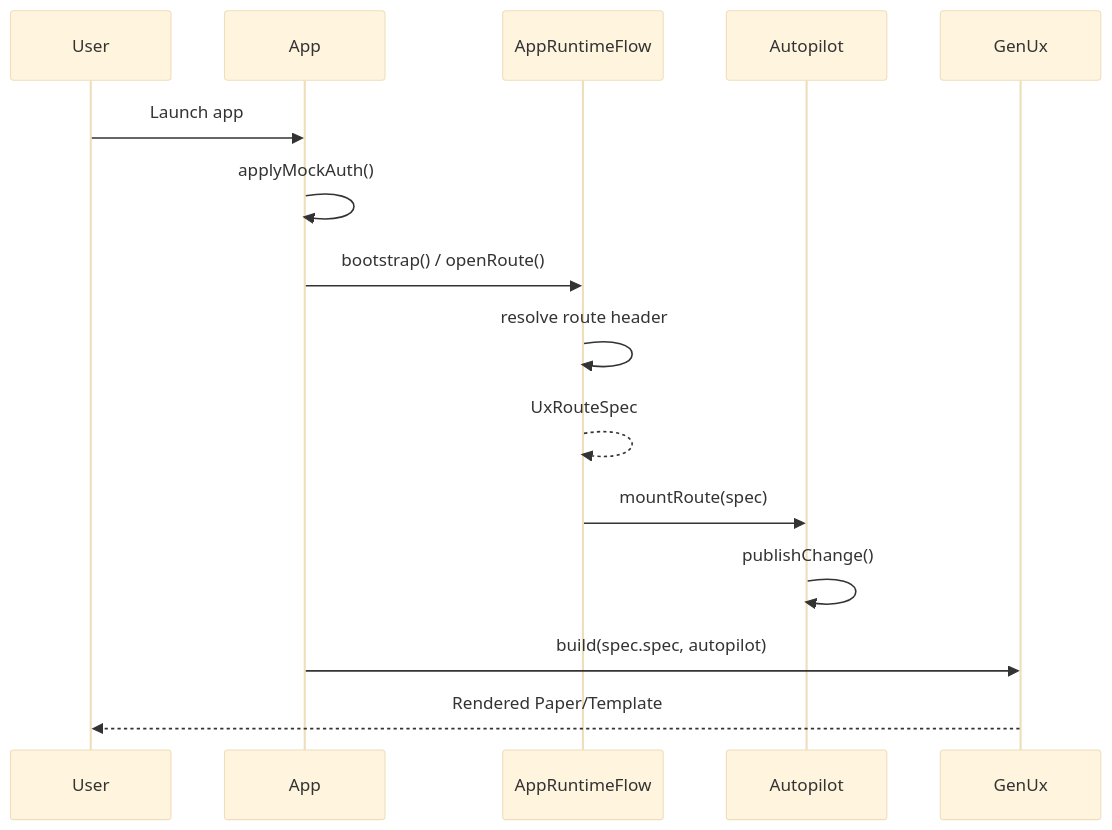
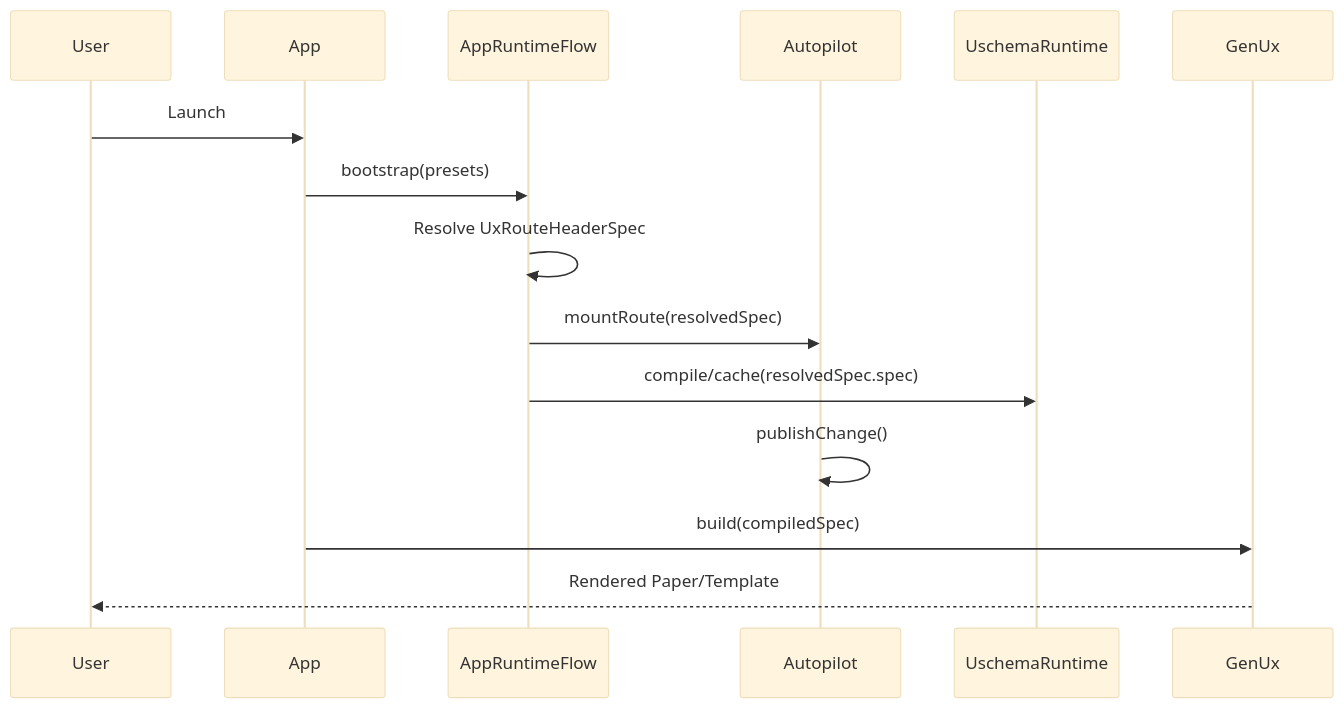
Before and after one commit to githubflutter/genrp: the second of 2 diagrams in docs/project_deep_analysis.md, drawn with Mermaid (base theme). The commit also changed other lines of this file and 16 other files, not shown here.

Commit message:
feat: Introduce refactoring plans for Autopilot and CopilotState to address architectural drift and update related documentation.

````diff
--- a/docs/project_deep_analysis.md
+++ b/docs/project_deep_analysis.md
@@ -477,18 +275,18 @@
 ```mermaid
 sequenceDiagram
     participant User
     participant App
     participant Flow as AppRuntimeFlow
     participant Autopilot
+    participant Runtime as UschemaRuntime
     participant GenUx
 
-    User->>App: Launch app
-    App->>App: applyMockAuth()
-    App->>Flow: bootstrap() / openRoute()
-    Flow->>Flow: resolve route header
-    Flow-->>Flow: UxRouteSpec
-    Flow->>Autopilot: mountRoute(spec)
+    User->>App: Launch
+    App->>Flow: bootstrap(presets)
+    Flow->>Flow: Resolve UxRouteHeaderSpec
+    Flow->>Autopilot: mountRoute(resolvedSpec)
+    Flow->>Runtime: compile/cache(resolvedSpec.spec)
     Autopilot->>Autopilot: publishChange()
-    App->>GenUx: build(spec.spec, autopilot)
+    App->>GenUx: build(compiledSpec)
     GenUx-->>User: Rendered Paper/Template
 ```
````
